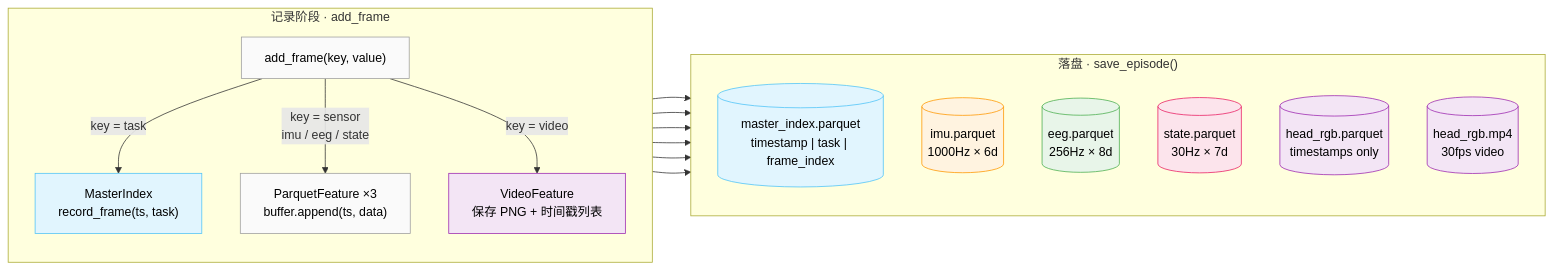
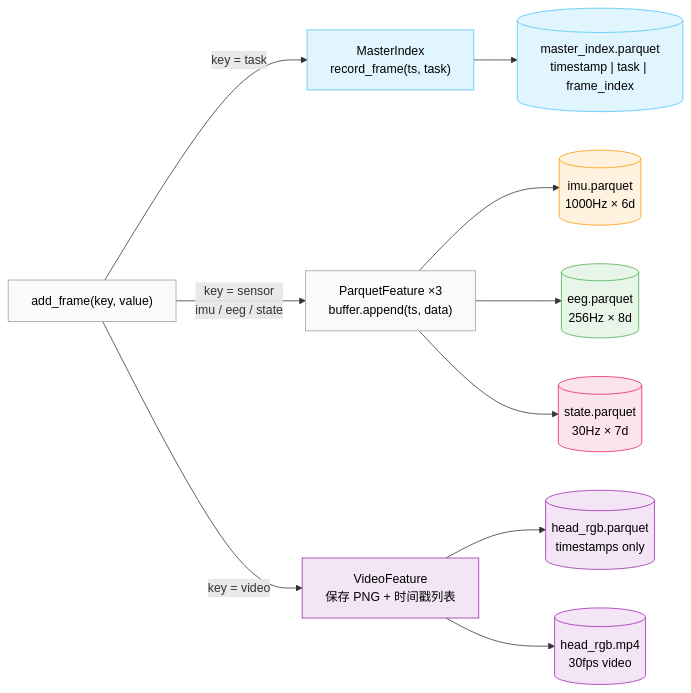
Before and after one commit to Koorye/Multi-Frequency-LeRobot: the first of 6 diagrams in README.md, drawn with Mermaid.

````diff
--- a/README.md
+++ b/README.md
@@ -53,41 +53,37 @@
 ```mermaid
 flowchart LR
-    subgraph Record["记录阶段 · add_frame"]
         direction TB
         AF["add_frame(key, value)"]
         IX["MasterIndex<br/>record_frame(ts, task)"]
         PF["ParquetFeature ×3<br/>buffer.append(ts, data)"]
         VF["VideoFeature<br/>保存 PNG + 时间戳列表"]
-    end
 
-    subgraph Save["落盘 · save_episode()"]
         direction TB
         MI[("master_index.parquet<br/>timestamp | task | frame_index")]
         P1[("imu.parquet<br/>1000Hz × 6d")]
         P2[("eeg.parquet<br/>256Hz × 8d")]
         P3[("state.parquet<br/>30Hz × 7d")]
         C1[("head_rgb.parquet<br/>timestamps only")]
         V1[("head_rgb.mp4<br/>30fps video")]
-    end
 
     AF -->|"key = task"| IX
     AF -->|"key = sensor<br/>imu / eeg / state"| PF
     AF -->|"key = video"| VF
     IX --> MI
     PF --> P1
     PF --> P2
     PF --> P3
     VF --> C1
     VF --> V1
 
     style AF fill:#fafafa,stroke:#9e9e9e,color:#000
     style IX fill:#e1f5fe,stroke:#4fc3f7,color:#000
     style PF fill:#fafafa,stroke:#9e9e9e,color:#000
     style VF fill:#f3e5f5,stroke:#9c27b0,color:#000
     style MI fill:#e1f5fe,stroke:#4fc3f7,color:#000
     style P1 fill:#fff3e0,stroke:#ff9800,color:#000
     style P2 fill:#e8f5e9,stroke:#4caf50,color:#000
     style P3 fill:#fce4ec,stroke:#e91e63,color:#000
     style C1 fill:#f3e5f5,stroke:#9c27b0,color:#000
     style V1 fill:#f3e5f5,stroke:#9c27b0,color:#000
 ```
````
